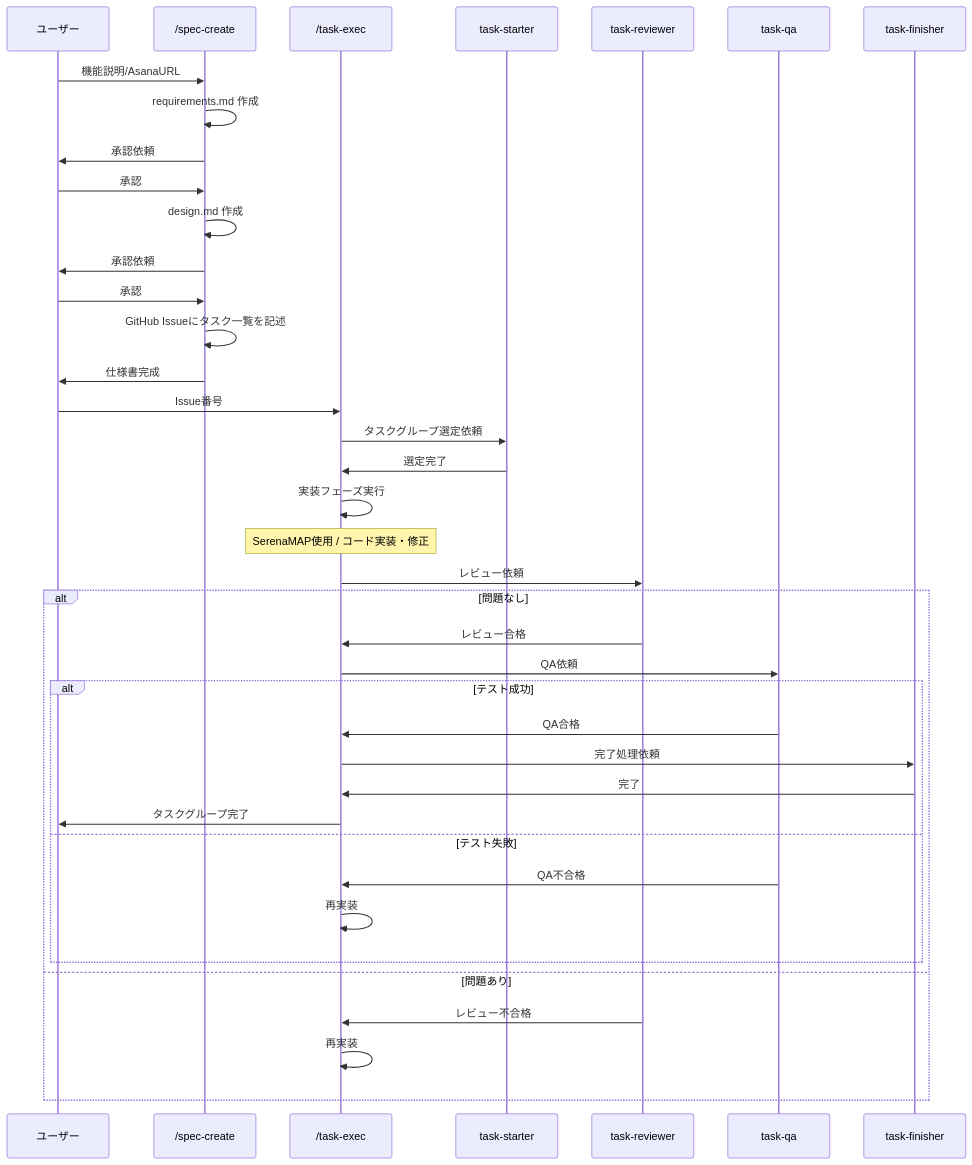
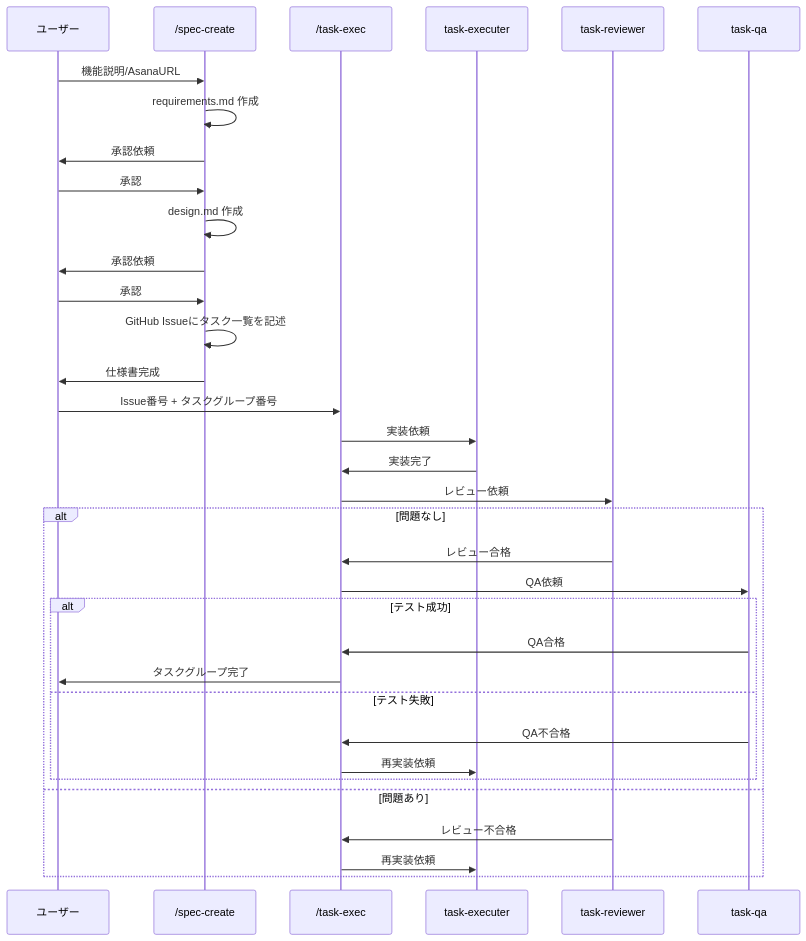
One commit to einja-inc/einja-management-template changed the sixth of 6 diagrams in docs/instructions/task-execute.md. Above: the diagram before and after it, drawn with Mermaid. The commit also changed other lines of this file and 17 other files, not shown here.

````diff
--- a/docs/instructions/task-execute.md
+++ b/docs/instructions/task-execute.md
@@ -599,45 +557,40 @@
 ```mermaid
 sequenceDiagram
     participant User as ユーザー
     participant SpecCreate as /spec-create
     participant TaskExec as /task-exec
-    participant Starter as task-starter
+    participant Executer as task-executer
     participant Reviewer as task-reviewer
     participant QA as task-qa
-    participant Finisher as task-finisher
 
     User->>SpecCreate: 機能説明/AsanaURL
     SpecCreate->>SpecCreate: requirements.md 作成
     SpecCreate->>User: 承認依頼
     User->>SpecCreate: 承認
     SpecCreate->>SpecCreate: design.md 作成
     SpecCreate->>User: 承認依頼
     User->>SpecCreate: 承認
     SpecCreate->>SpecCreate: GitHub Issueにタスク一覧を記述
     SpecCreate->>User: 仕様書完成
 
-    User->>TaskExec: Issue番号
-    TaskExec->>Starter: タスクグループ選定依頼
-    Starter->>TaskExec: 選定完了
+    User->>TaskExec: Issue番号 + タスクグループ番号
 
-    TaskExec->>TaskExec: 実装フェーズ実行
-    Note over TaskExec: SerenaMAP使用 / コード実装・修正
+    TaskExec->>Executer: 実装依頼
+    Executer->>TaskExec: 実装完了
 
     TaskExec->>Reviewer: レビュー依頼
     alt 問題なし
         Reviewer->>TaskExec: レビュー合格
         TaskExec->>QA: QA依頼
         alt テスト成功
             QA->>TaskExec: QA合格
-            TaskExec->>Finisher: 完了処理依頼
-            Finisher->>TaskExec: 完了
             TaskExec->>User: タスクグループ完了
         else テスト失敗
             QA->>TaskExec: QA不合格
-            TaskExec->>TaskExec: 再実装
+            TaskExec->>Executer: 再実装依頼
         end
     else 問題あり
         Reviewer->>TaskExec: レビュー不合格
-        TaskExec->>TaskExec: 再実装
+        TaskExec->>Executer: 再実装依頼
     end
 ```
````
